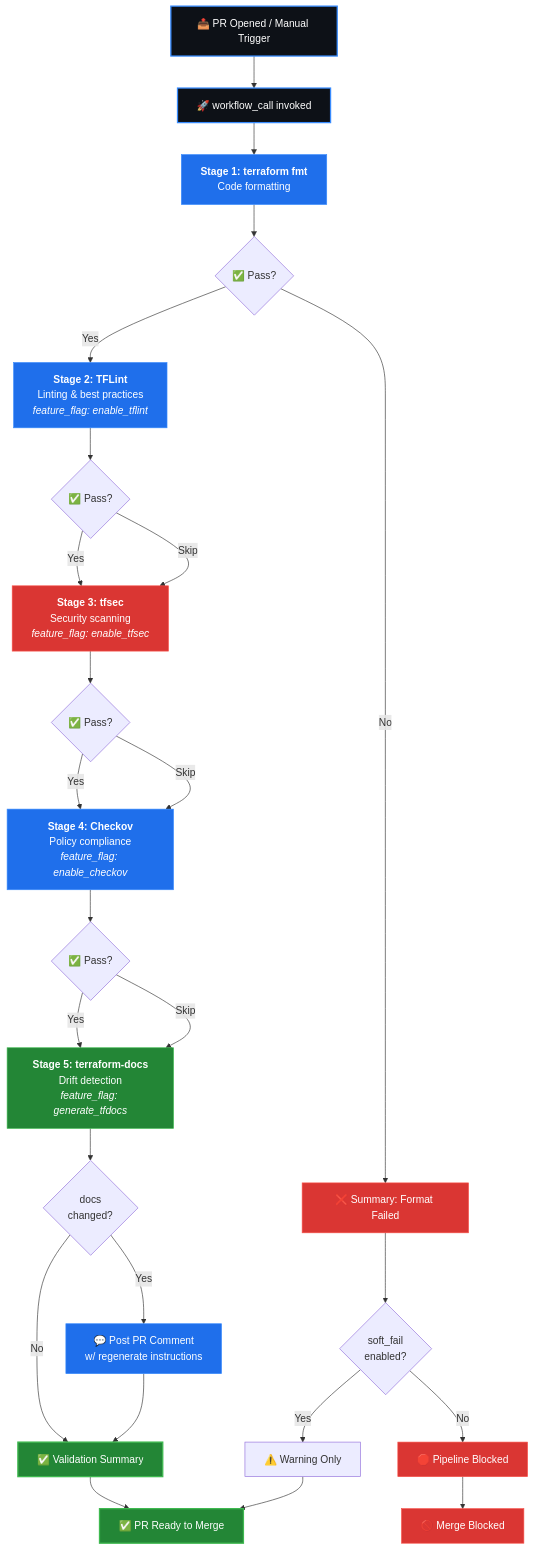
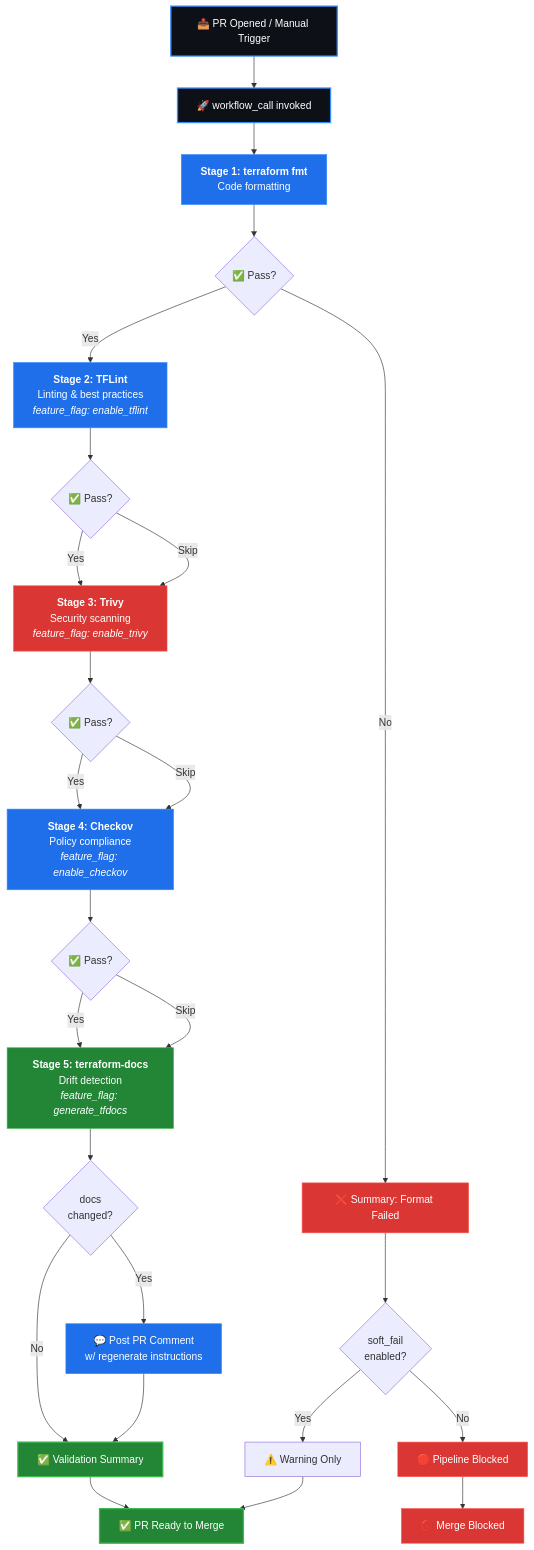
Before and after one commit to orafaelferreiraa/pipeline-as-a-service-stack: the first of 2 diagrams in README.md, drawn with Mermaid. The commit also changed other lines of this file, not shown here.

Commit message:
fix: replace tfsec with Trivy for security scanning and update Terraform version to 1.14.0

````diff
--- a/README.md
+++ b/README.md
@@ -102,41 +102,41 @@
 ```mermaid
 flowchart TD
     A["📤 PR Opened / Manual Trigger"] --> B["🚀 workflow_call invoked"]
     B --> C["<b>Stage 1: terraform fmt</b><br/>Code formatting"]
     C --> D{"✅ Pass?"}
     D -->|Yes| E["<b>Stage 2: TFLint</b><br/>Linting & best practices<br/><i>feature_flag: enable_tflint</i>"]
     D -->|No| Z["❌ Summary: Format Failed"]
     E --> F{"✅ Pass?"}
-    F -->|Yes| G["<b>Stage 3: tfsec</b><br/>Security scanning<br/><i>feature_flag: enable_tfsec</i>"]
+    F -->|Yes| G["<b>Stage 3: Trivy</b><br/>Security scanning<br/><i>feature_flag: enable_trivy</i>"]
     F -->|Skip| G
     G --> H{"✅ Pass?"}
     H -->|Yes| I["<b>Stage 4: Checkov</b><br/>Policy compliance<br/><i>feature_flag: enable_checkov</i>"]
     H -->|Skip| I
     I --> J{"✅ Pass?"}
     J -->|Yes| K["<b>Stage 5: terraform-docs</b><br/>Drift detection<br/><i>feature_flag: generate_tfdocs</i>"]
     J -->|Skip| K
     K --> L{"docs<br/>changed?"}
     L -->|Yes| M["💬 Post PR Comment<br/>w/ regenerate instructions"]
     L -->|No| N["✅ Validation Summary"]
     M --> N
     Z --> O{"soft_fail<br/>enabled?"}
     O -->|No| P["🛑 Pipeline Blocked"]
     O -->|Yes| Q["⚠️ Warning Only"]
     N --> R["✅ PR Ready to Merge"]
     P --> S["🚫 Merge Blocked"]
     Q --> R
     
     style A fill:#0d1117,stroke:#388bfd,color:#fff,stroke-width:2px
     style B fill:#0d1117,stroke:#388bfd,color:#fff,stroke-width:2px
     style C fill:#1f6feb,stroke:#388bfd,color:#fff
     style E fill:#1f6feb,stroke:#388bfd,color:#fff
     style G fill:#da3633,stroke:#f85149,color:#fff
     style I fill:#1f6feb,stroke:#388bfd,color:#fff
     style K fill:#238636,stroke:#3fb950,color:#fff
     style N fill:#238636,stroke:#3fb950,color:#fff,stroke-width:2px
     style R fill:#238636,stroke:#3fb950,color:#fff,stroke-width:2px
     style Z fill:#da3633,stroke:#f85149,color:#fff
     style P fill:#da3633,stroke:#f85149,color:#fff
     style S fill:#da3633,stroke:#f85149,color:#fff
     style M fill:#1f6feb,stroke:#388bfd,color:#fff
 ```
````
